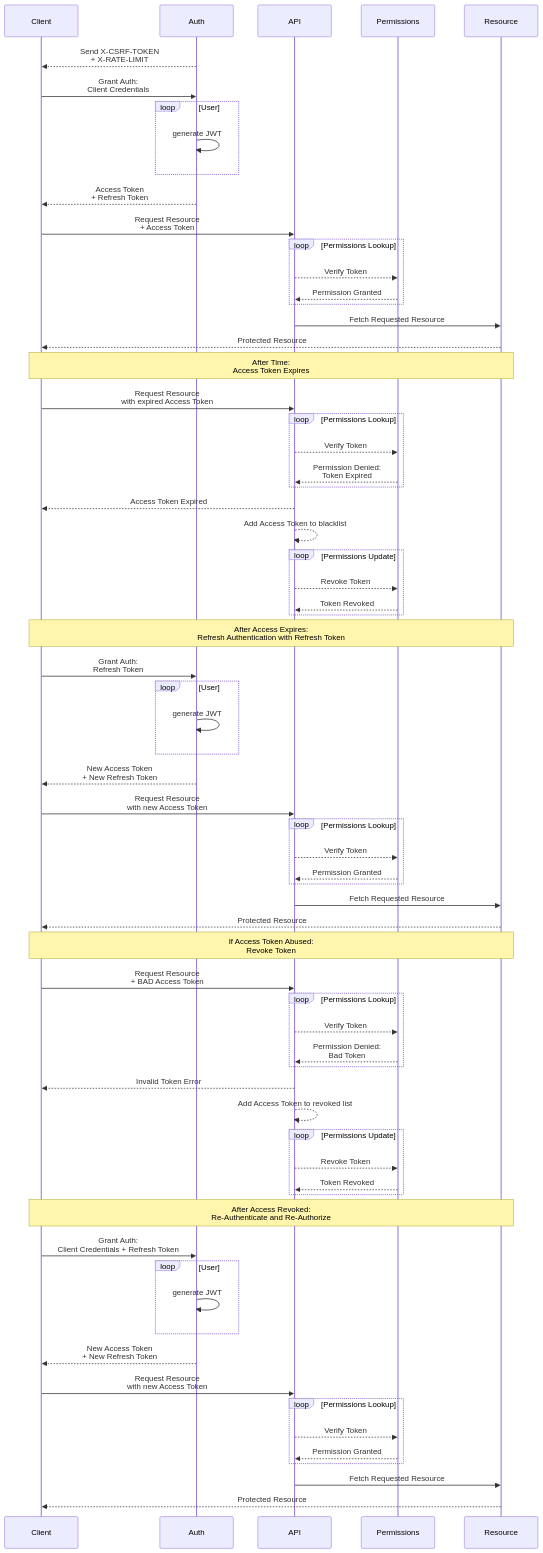
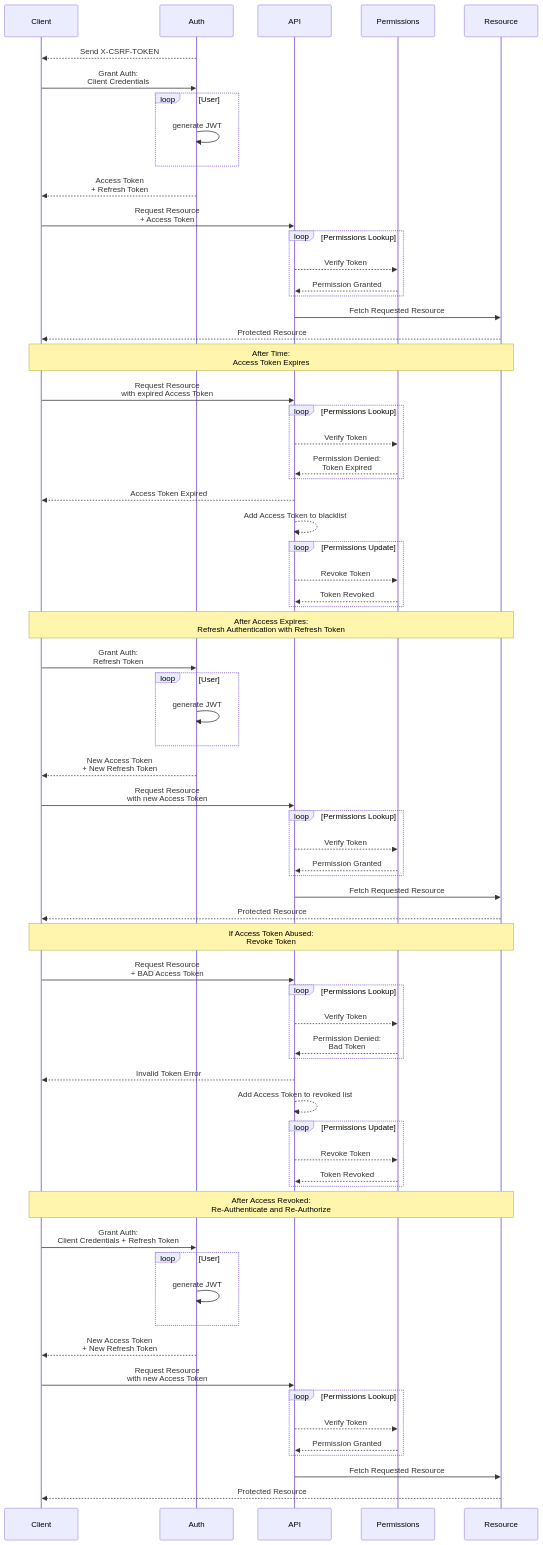
The second of 2 diagrams in SECURITY.md (joeygrable94/GCAPI), drawn with Mermaid before and after one commit. The commit also changed 14 other files, not shown here.

````diff
--- a/SECURITY.md
+++ b/SECURITY.md
@@ -75,71 +75,71 @@
 ```mermaid
 sequenceDiagram
     participant Client
     participant Auth
     participant API
     participant Permissions
     participant Resource
-    Auth-->>Client: Send X-CSRF-TOKEN<br/>+ X-RATE-LIMIT
+    Auth-->>Client: Send X-CSRF-TOKEN
     Client->>Auth: Grant Auth:<br/>Client Credentials
     loop User
         Auth->>Auth: generate JWT
     end
     Auth-->>Client: Access Token<br/>+ Refresh Token
     Client->>API: Request Resource<br/>+ Access Token
     loop Permissions Lookup
         API-->>Permissions: Verify Token
         Permissions-->>API: Permission Granted
     end
     API->>Resource: Fetch Requested Resource
     Resource-->>Client: Protected Resource
     Note over Client,Resource: After Time:<br/>Access Token Expires
     Client->>API: Request Resource<br/>with expired Access Token
     loop Permissions Lookup
         API-->>Permissions: Verify Token
         Permissions-->>API: Permission Denied:<br/>Token Expired
     end
     API-->>Client: Access Token Expired
     API-->>API: Add Access Token to blacklist
     loop Permissions Update
         API-->>Permissions: Revoke Token
         Permissions-->>API: Token Revoked
     end
     Note over Client,Resource: After Access Expires:<br/>Refresh Authentication with Refresh Token
     Client->>Auth: Grant Auth:<br/>Refresh Token
     loop User
         Auth->>Auth: generate JWT
     end
     Auth-->>Client: New Access Token<br/>+ New Refresh Token
     Client->>API: Request Resource<br/>with new Access Token
     loop Permissions Lookup
         API-->>Permissions: Verify Token
         Permissions-->>API: Permission Granted
     end
     API->>Resource: Fetch Requested Resource
     Resource-->>Client: Protected Resource
     Note over Client,Resource: If Access Token Abused:<br/>Revoke Token
     Client->>API: Request Resource<br/>+ BAD Access Token
     loop Permissions Lookup
         API-->>Permissions: Verify Token
         Permissions-->>API: Permission Denied:<br/>Bad Token
     end
     API-->>Client: Invalid Token Error
     API-->>API: Add Access Token to revoked list
     loop Permissions Update
         API-->>Permissions: Revoke Token
         Permissions-->>API: Token Revoked
     end
     Note over Client,Resource: After Access Revoked:<br/>Re-Authenticate and Re-Authorize
     Client->>Auth: Grant Auth:<br/>Client Credentials + Refresh Token
     loop User
         Auth->>Auth: generate JWT
     end
     Auth-->>Client: New Access Token<br/>+ New Refresh Token
     Client->>API: Request Resource<br/>with new Access Token
     loop Permissions Lookup
         API-->>Permissions: Verify Token
         Permissions-->>API: Permission Granted
     end
     API->>Resource: Fetch Requested Resource
     Resource-->>Client: Protected Resource
 ```
````
